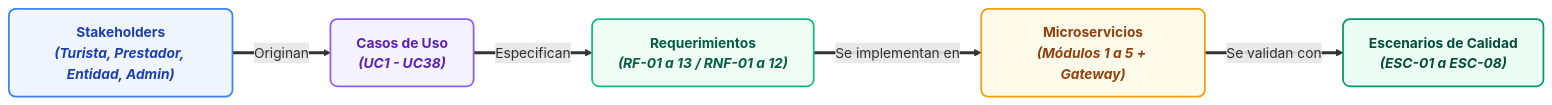
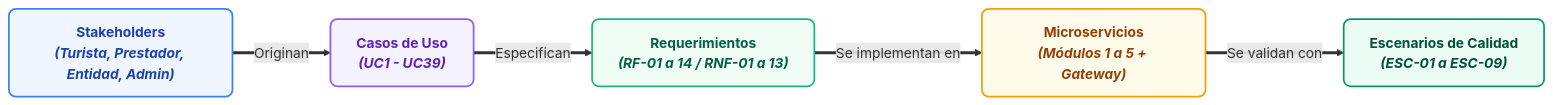
The fourth of 4 diagrams in Documents/Pages/Requirements_docIEEE.md (luifdo/Tourism), drawn with Mermaid before and after one commit. The commit also changed other lines of this file and 5 other files, not shown here.

````diff
--- a/Documents/Pages/Requirements_docIEEE.md
+++ b/Documents/Pages/Requirements_docIEEE.md
@@ -979,19 +909,19 @@
 ```mermaid
 flowchart LR
     classDef stStyle fill:#eff6ff,stroke:#3b82f6,stroke-width:2px,color:#1e40af,font-weight:bold,rx:8px,ry:8px;
     classDef ucStyle fill:#f5f3ff,stroke:#8b5cf6,stroke-width:2px,color:#5b21b6,font-weight:bold,rx:8px,ry:8px;
     classDef reqStyle fill:#f0fdf4,stroke:#10b981,stroke-width:2px,color:#065f46,font-weight:bold,rx:8px,ry:8px;
     classDef modStyle fill:#fffbeb,stroke:#f59e0b,stroke-width:2px,color:#92400e,font-weight:bold,rx:8px,ry:8px;
     classDef escStyle fill:#ecfdf5,stroke:#059669,stroke-width:2px,color:#064e3b,font-weight:bold,rx:8px,ry:8px;
 
     ST["Stakeholders<br><i>(Turista, Prestador, Entidad, Admin)</i>"]:::stStyle
-    UC["Casos de Uso<br><i>(UC1 - UC38)</i>"]:::ucStyle
-    RF["Requerimientos<br><i>(RF-01 a 13 / RNF-01 a 12)</i>"]:::reqStyle
+    UC["Casos de Uso<br><i>(UC1 - UC39)</i>"]:::ucStyle
+    RF["Requerimientos<br><i>(RF-01 a 14 / RNF-01 a 13)</i>"]:::reqStyle
     MOD["Microservicios<br><i>(Módulos 1 a 5 + Gateway)</i>"]:::modStyle
-    ESC["Escenarios de Calidad<br><i>(ESC-01 a ESC-08)</i>"]:::escStyle
+    ESC["Escenarios de Calidad<br><i>(ESC-01 a ESC-09)</i>"]:::escStyle
 
     ST ==>|Originan| UC
     UC ==>|Especifican| RF
     RF ==>|Se implementan en| MOD
     MOD ==>|Se validan con| ESC
 ```
````
